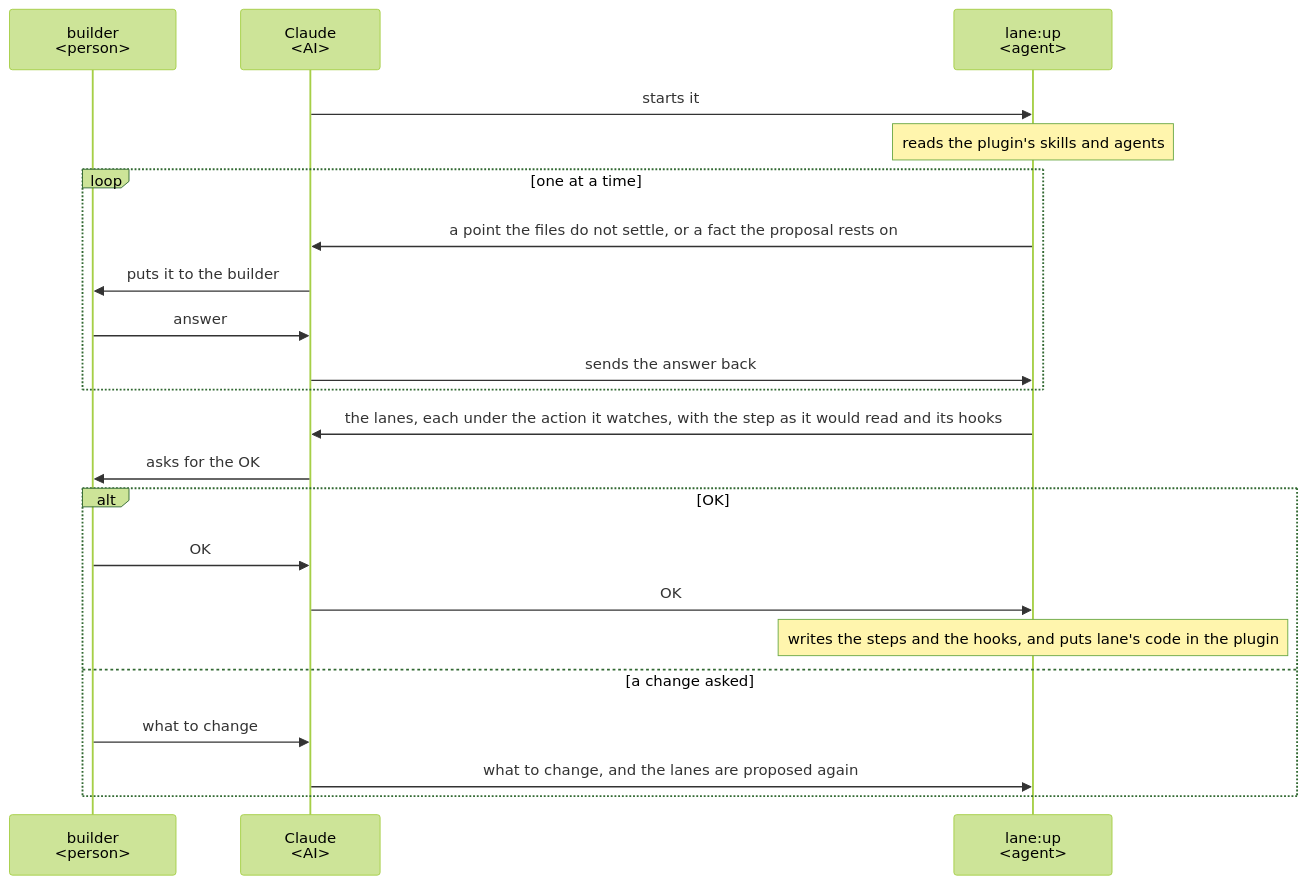
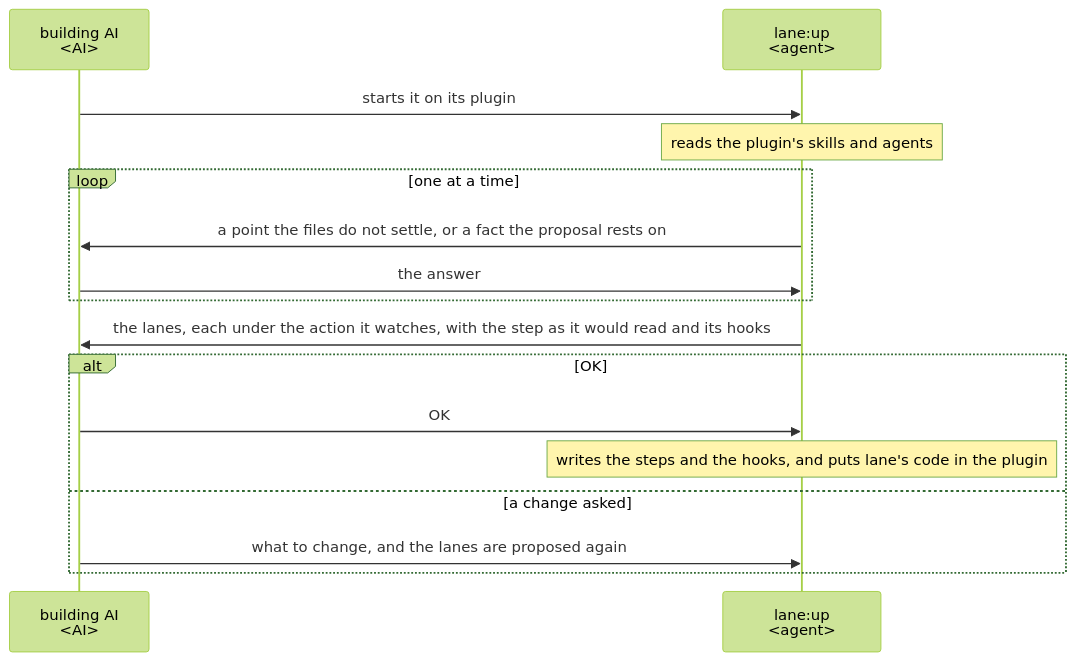
Before and after one commit to lovaizu/ccpm: the second of 3 diagrams in dev/lane/ux.md, drawn with Mermaid (forest theme). The commit also changed other lines of this file and 4 other files, not shown here.

Commit message:
lane's README, UX and architecture on its agreed concept: the building AI answers and approves lane:up, no person taking part, the README written for whoever installs lane; the architecture to the checklist, each case rule moved to the decisions for lane's tests and steps; steering state

````diff
--- a/dev/lane/ux.md
+++ b/dev/lane/ux.md
@@ -66,24 +63,18 @@
 ```mermaid
 sequenceDiagram
-  participant B as builder<br/>#lt;person#gt;
-  participant C as Claude<br/>#lt;AI#gt;
+  participant A as building AI<br/>#lt;AI#gt;
   participant L as lane:up<br/>#lt;agent#gt;
-  C->>L: starts it
+  A->>L: starts it on its plugin
   Note over L: reads the plugin's skills and agents
   loop one at a time
-    L->>C: a point the files do not settle, or a fact the proposal rests on
-    C->>B: puts it to the builder
-    B->>C: answer
-    C->>L: sends the answer back
+    L->>A: a point the files do not settle, or a fact the proposal rests on
+    A->>L: the answer
   end
-  L->>C: the lanes, each under the action it watches, with the step as it would read and its hooks
-  C->>B: asks for the OK
+  L->>A: the lanes, each under the action it watches, with the step as it would read and its hooks
   alt OK
-    B->>C: OK
-    C->>L: OK
+    A->>L: OK
     Note over L: writes the steps and the hooks, and puts lane's code in the plugin
   else a change asked
-    B->>C: what to change
-    C->>L: what to change, and the lanes are proposed again
+    A->>L: what to change, and the lanes are proposed again
   end
 ```
````
